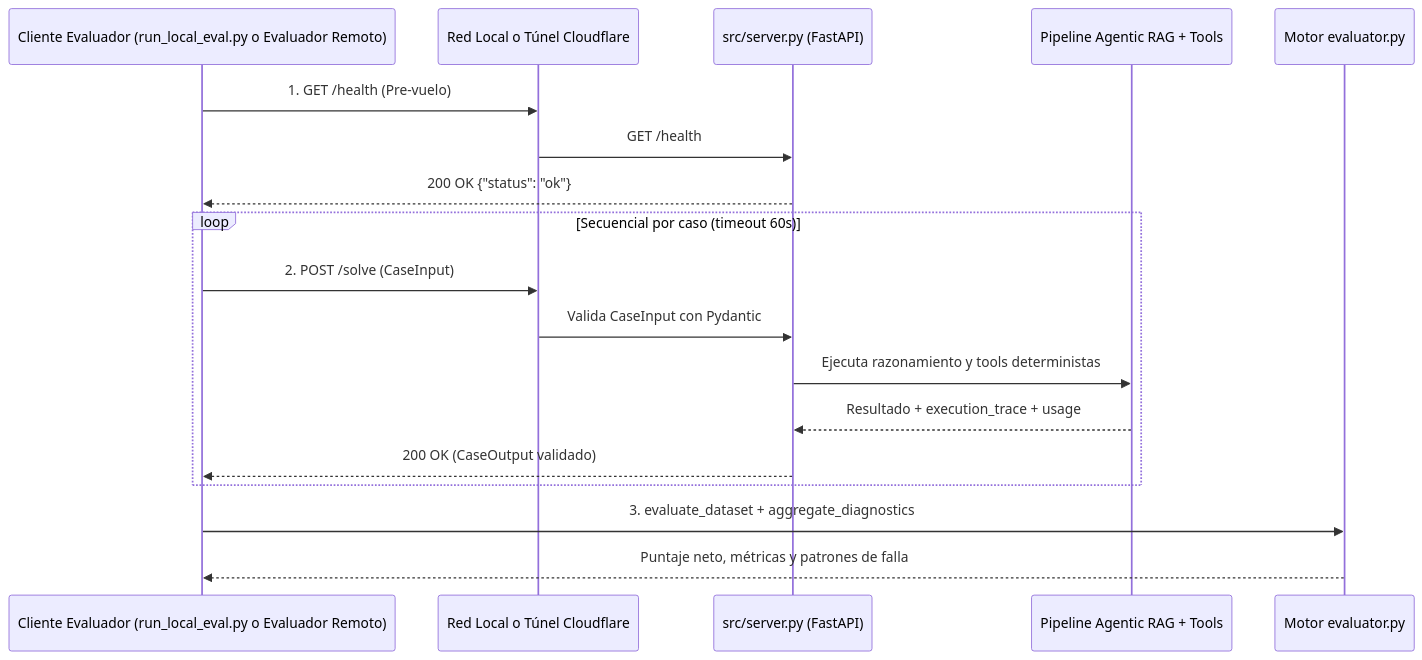
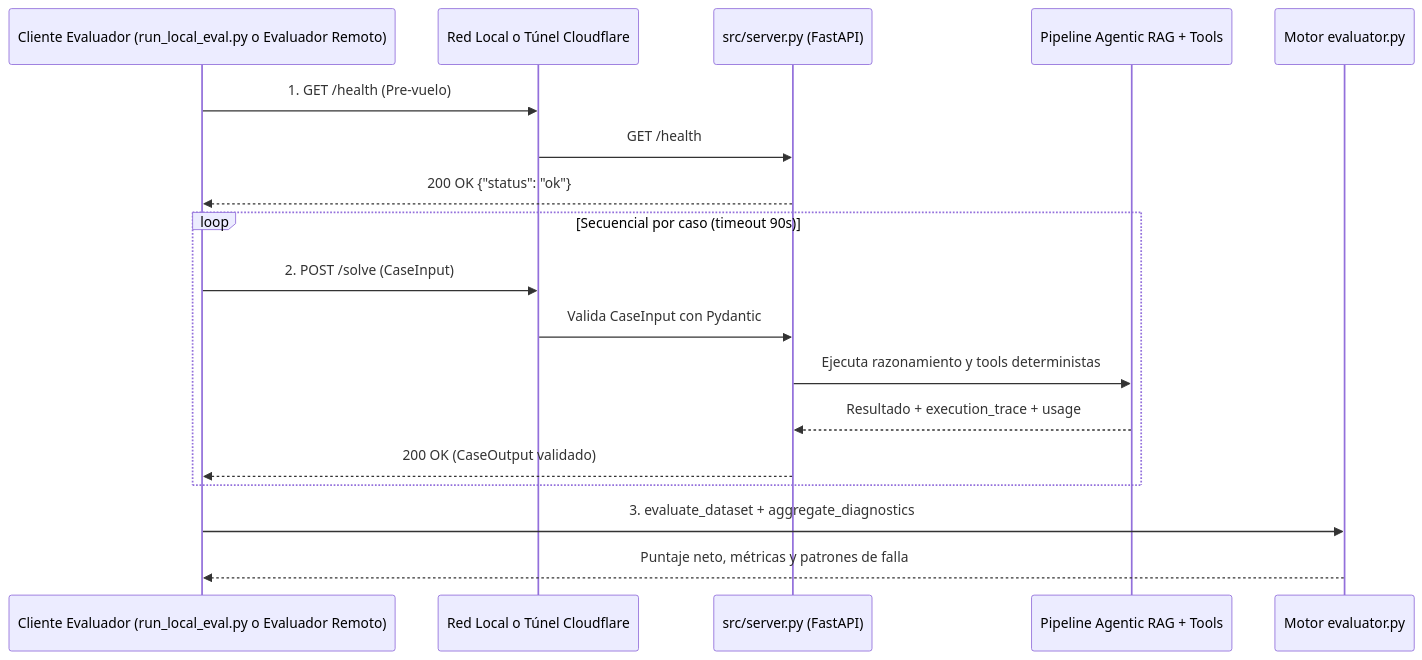
Before and after one commit to chebaperez/aieng-utn-rag-challenge: the second of 4 diagrams in ARCHITECTURE.md, drawn with Mermaid. The commit also changed other lines of this file and 10 other files, not shown here.

````diff
--- a/ARCHITECTURE.md
+++ b/ARCHITECTURE.md
@@ -81,23 +81,23 @@
 ```mermaid
 sequenceDiagram
     participant Client as Cliente Evaluador (run_local_eval.py o Evaluador Remoto)
     participant Net as Red Local o Túnel Cloudflare
     participant API as src/server.py (FastAPI)
     participant Agent as Pipeline Agentic RAG + Tools
     participant Eval as Motor evaluator.py
 
     Client->>Net: 1. GET /health (Pre-vuelo)
     Net->>API: GET /health
     API-->>Client: 200 OK {"status": "ok"}
 
-    loop Secuencial por caso (timeout 60s)
+    loop Secuencial por caso (timeout 90s)
         Client->>Net: 2. POST /solve (CaseInput)
         Net->>API: Valida CaseInput con Pydantic
         API->>Agent: Ejecuta razonamiento y tools deterministas
         Agent-->>API: Resultado + execution_trace + usage
         API-->>Client: 200 OK (CaseOutput validado)
     end
 
     Client->>Eval: 3. evaluate_dataset + aggregate_diagnostics
     Eval-->>Client: Puntaje neto, métricas y patrones de falla
 ```
````
